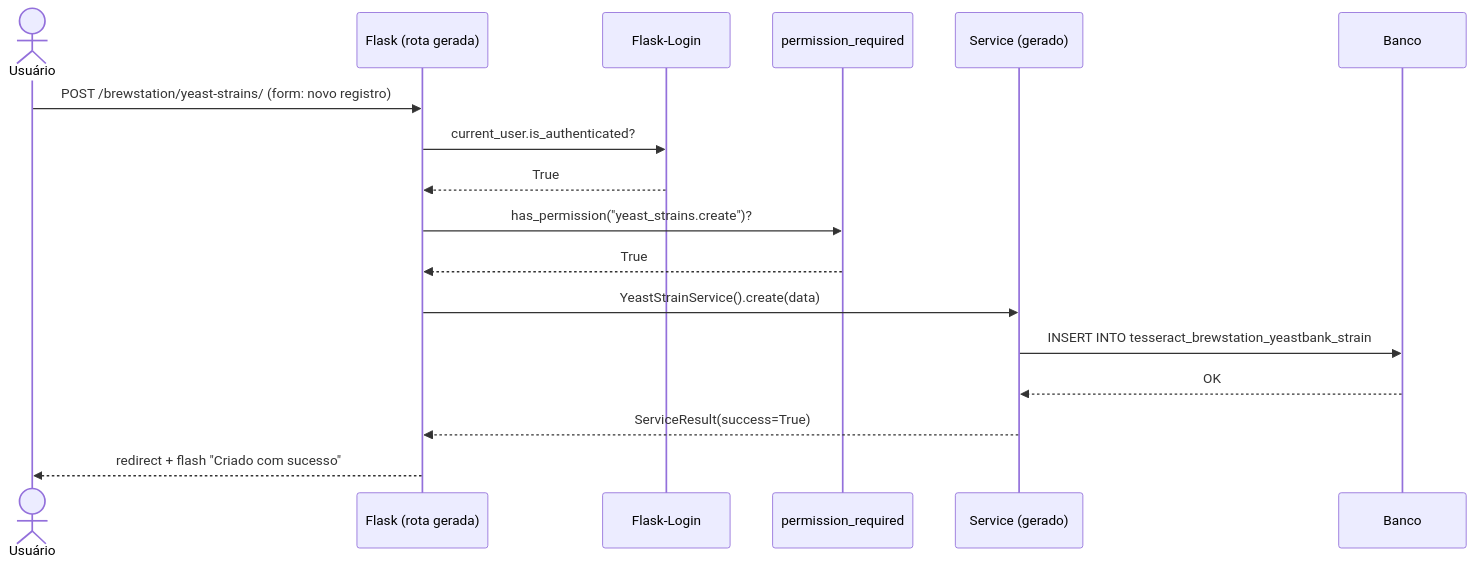
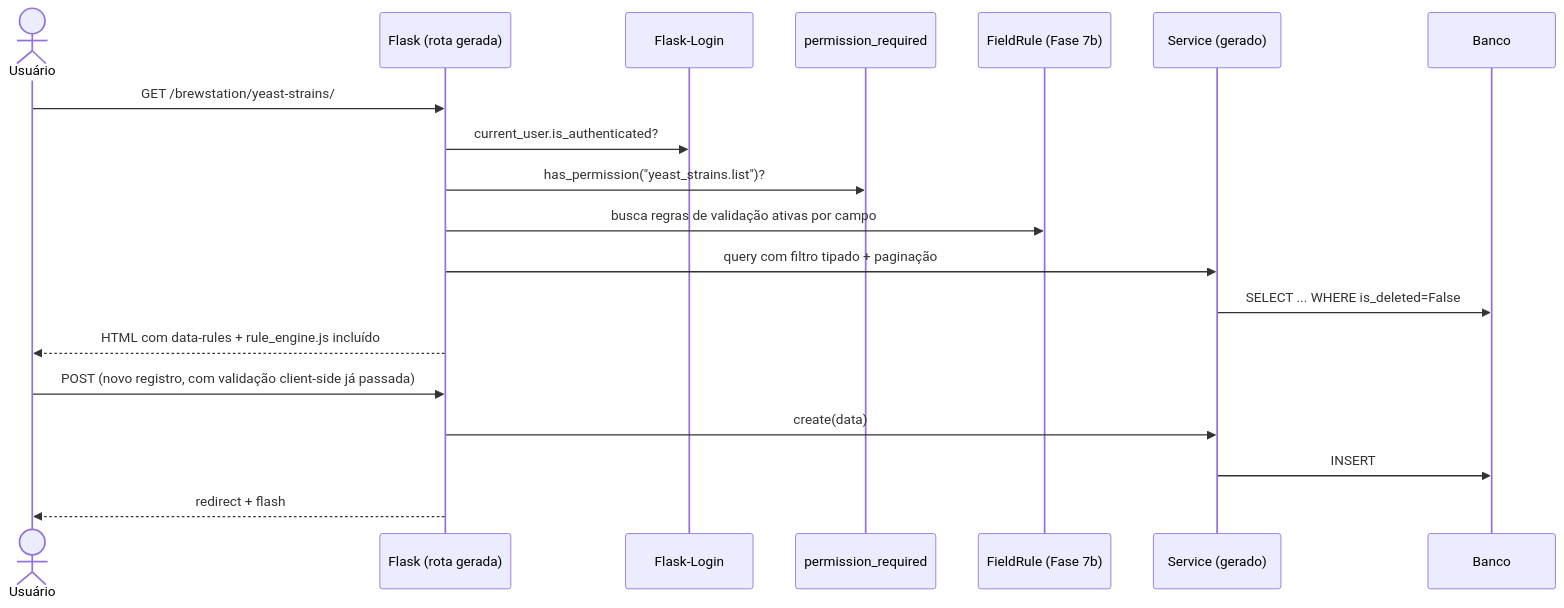
The third of 8 diagrams in docs/technical/03-fluxos.md (ChristopherNicolasSMM/Tesseract), drawn with Mermaid before and after one commit. The commit also changed other lines of this file and 24 other files, not shown here.

````diff
--- a/docs/technical/03-fluxos.md
+++ b/docs/technical/03-fluxos.md
@@ -47,20 +47,22 @@
 ```mermaid
 sequenceDiagram
     actor U as Usuário
     participant F as Flask (rota gerada)
     participant L as Flask-Login
     participant P as permission_required
+    participant FR as FieldRule (Fase 7b)
     participant S as Service (gerado)
     participant DB as Banco
 
-    U->>F: POST /brewstation/yeast-strains/ (form: novo registro)
+    U->>F: GET /brewstation/yeast-strains/
     F->>L: current_user.is_authenticated?
-    L-->>F: True
-    F->>P: has_permission("yeast_strains.create")?
-    P-->>F: True
-    F->>S: YeastStrainService().create(data)
-    S->>DB: INSERT INTO tesseract_brewstation_yeastbank_strain
-    DB-->>S: OK
-    S-->>F: ServiceResult(success=True)
-    F-->>U: redirect + flash "Criado com sucesso"
+    F->>P: has_permission("yeast_strains.list")?
+    F->>FR: busca regras de validação ativas por campo
+    F->>S: query com filtro tipado + paginação
+    S->>DB: SELECT ... WHERE is_deleted=False
+    F-->>U: HTML com data-rules + rule_engine.js incluído
+    U->>F: POST (novo registro, com validação client-side já passada)
+    F->>S: create(data)
+    S->>DB: INSERT
+    F-->>U: redirect + flash
 ```
````
